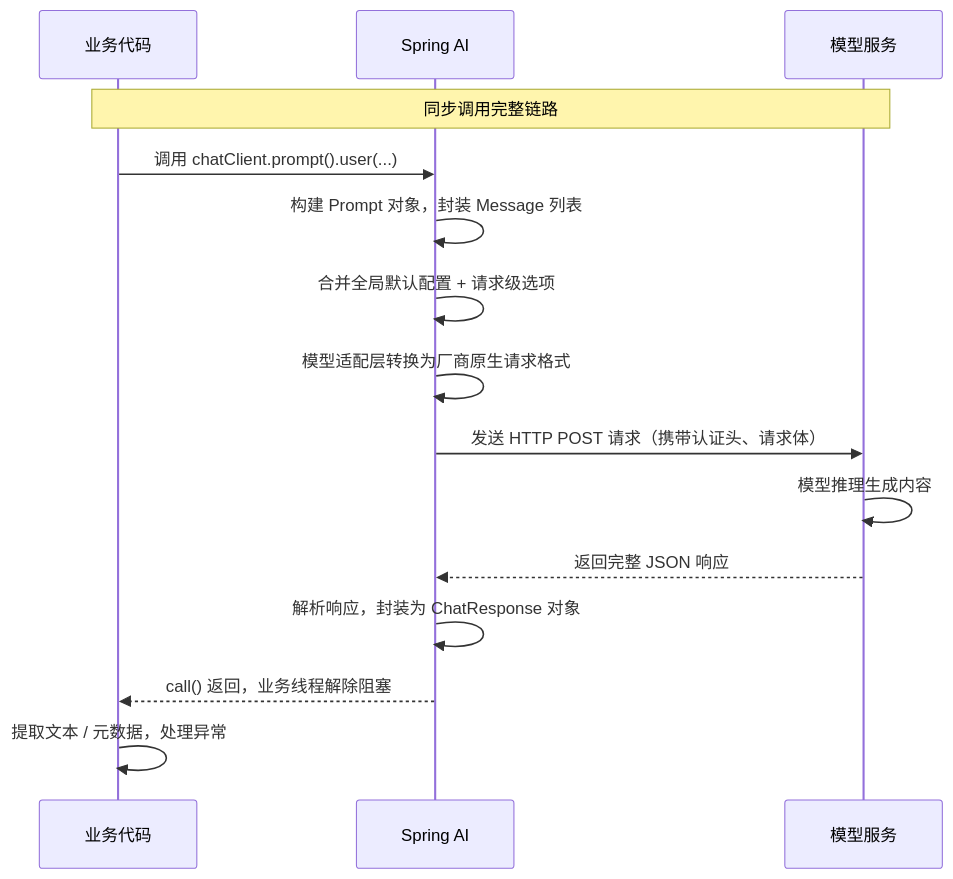
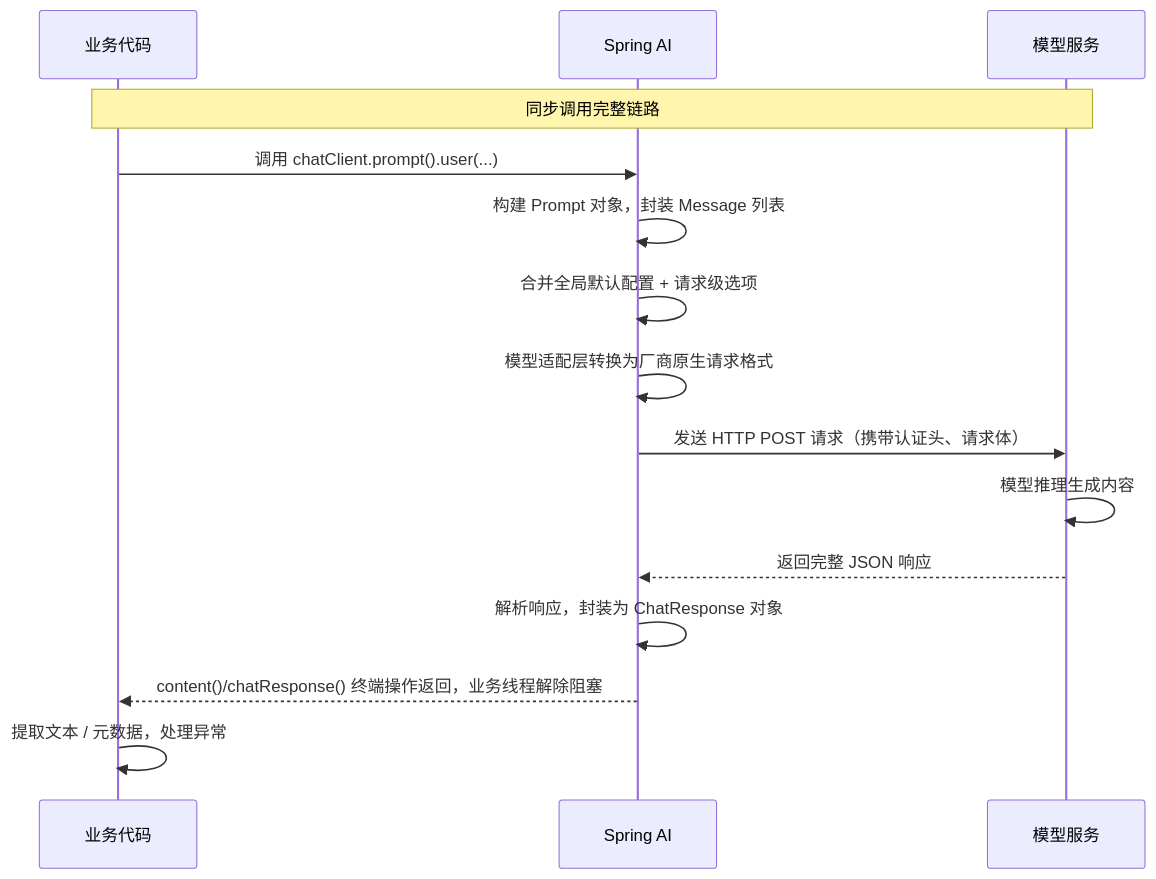
The diagram in docs/proj_docs/D14-模型API  聊天接口、流式输出、温度Token参数.md (storyzhangli/M2-Java), drawn with Mermaid before and after one commit. The commit also changed other lines of this file and 20 other files, not shown here.

````diff
--- a/docs/proj_docs/D14-模型API  聊天接口、流式输出、温度Token参数.md
+++ b/docs/proj_docs/D14-模型API  聊天接口、流式输出、温度Token参数.md
@@ -37,18 +44,18 @@
 ```mermaid
 sequenceDiagram
     participant 业务代码
     participant Spring AI
     participant 模型服务
 
     Note over 业务代码,模型服务: 同步调用完整链路
     业务代码->>Spring AI: 调用 chatClient.prompt().user(...)
     Spring AI->>Spring AI: 构建 Prompt 对象，封装 Message 列表
     Spring AI->>Spring AI: 合并全局默认配置 + 请求级选项
     Spring AI->>Spring AI: 模型适配层转换为厂商原生请求格式
     Spring AI->>模型服务: 发送 HTTP POST 请求（携带认证头、请求体）
     模型服务->>模型服务: 模型推理生成内容
     模型服务-->>Spring AI: 返回完整 JSON 响应
     Spring AI->>Spring AI: 解析响应，封装为 ChatResponse 对象
-    Spring AI-->>业务代码: call() 返回，业务线程解除阻塞
+    Spring AI-->>业务代码: content()/chatResponse() 终端操作返回，业务线程解除阻塞
     业务代码->>业务代码: 提取文本 / 元数据，处理异常
 ```
````
